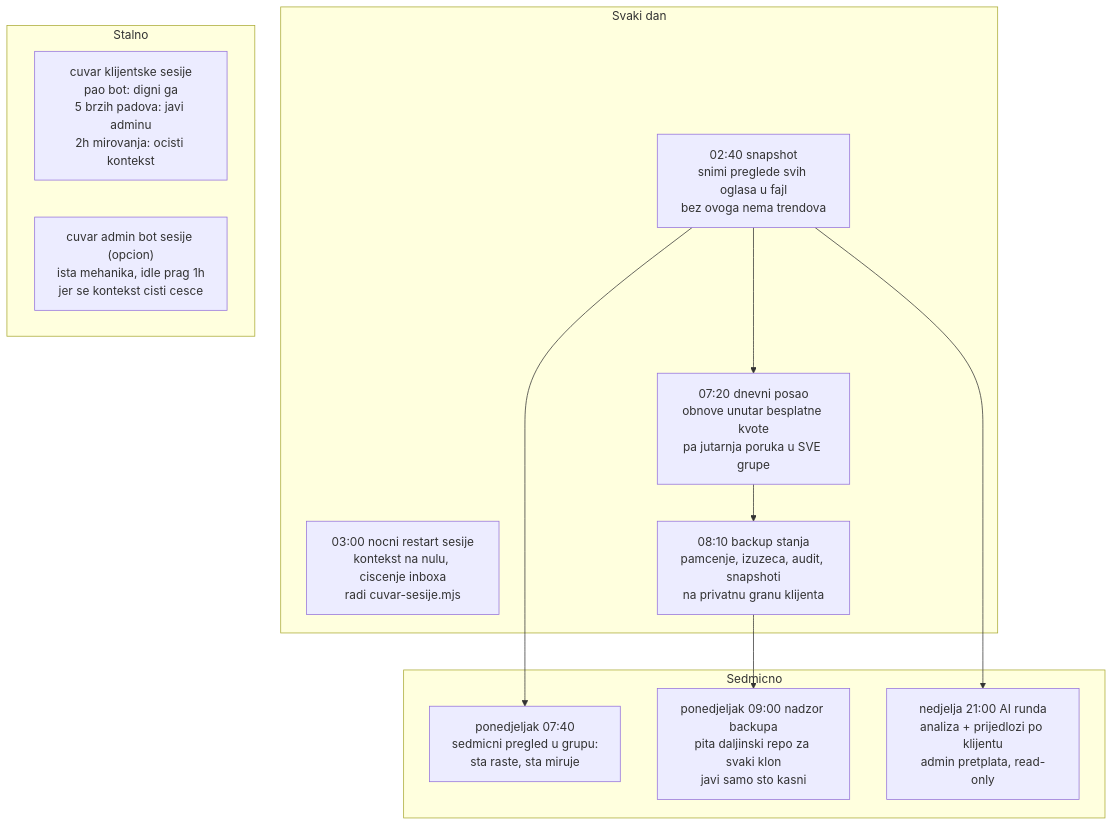
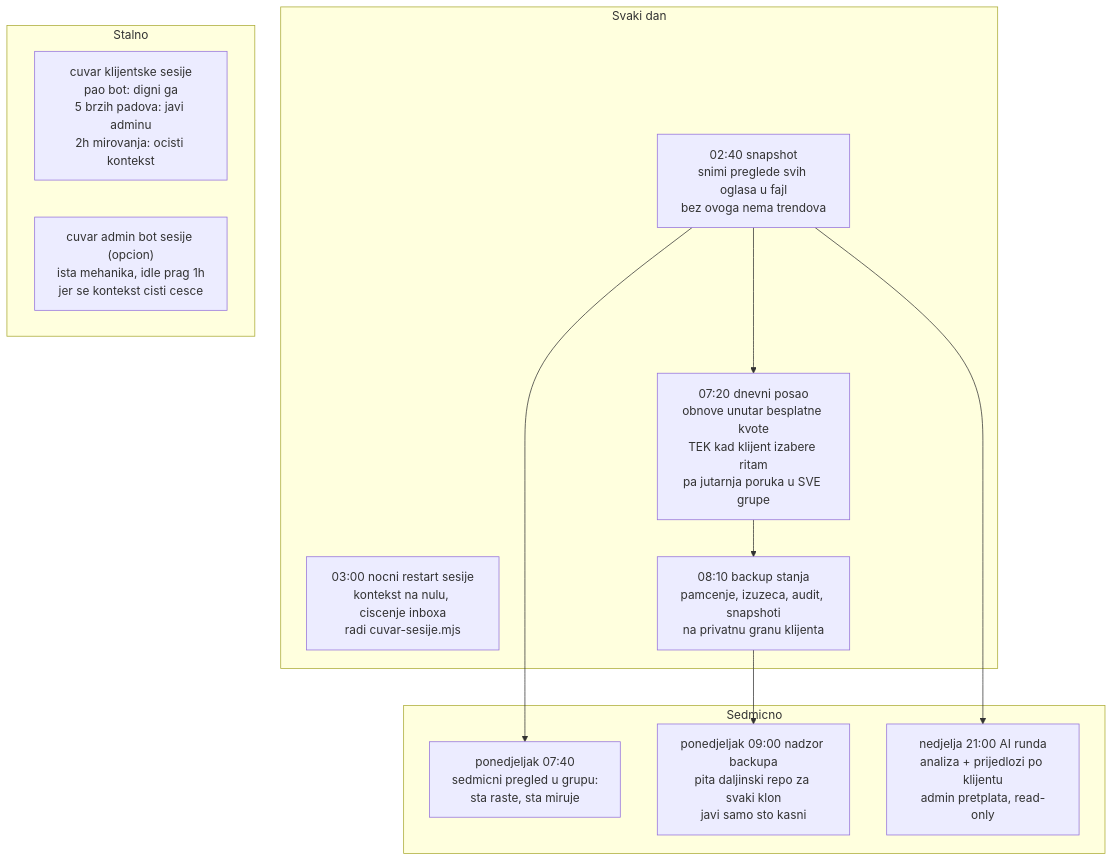
The third of 4 diagrams in olx-dokumentacija/arhitektura.md (mob-dev-org/olx-mcp-api), drawn with Mermaid before and after one commit. The commit also changed other lines of this file and 21 other files, not shown here.

````diff
--- a/olx-dokumentacija/arhitektura.md
+++ b/olx-dokumentacija/arhitektura.md
@@ -94,24 +101,24 @@
 ```mermaid
 flowchart TB
     subgraph dan["Svaki dan"]
         s1["02:40 snapshot<br/>snimi preglede svih oglasa u fajl<br/>bez ovoga nema trendova"]
         s2["03:00 nocni restart sesije<br/>kontekst na nulu, ciscenje inboxa<br/>radi cuvar-sesije.mjs"]
-        s3["07:20 dnevni posao<br/>obnove unutar besplatne kvote<br/>pa jutarnja poruka u SVE grupe"]
+        s3["07:20 dnevni posao<br/>obnove unutar besplatne kvote<br/>TEK kad klijent izabere ritam<br/>pa jutarnja poruka u SVE grupe"]
         s8["08:10 backup stanja<br/>pamcenje, izuzeca, audit, snapshoti<br/>na privatnu granu klijenta"]
     end
     subgraph sedmica["Sedmicno"]
         s4["ponedjeljak 07:40<br/>sedmicni pregled u grupu:<br/>sta raste, sta miruje"]
         s9["ponedjeljak 09:00 nadzor backupa<br/>pita daljinski repo za svaki klon<br/>javi samo sto kasni"]
         s5["nedjelja 21:00 AI runda<br/>analiza + prijedlozi po klijentu<br/>admin pretplata, read-only"]
     end
     subgraph stalno["Stalno"]
         s6["cuvar klijentske sesije<br/>pao bot: digni ga<br/>5 brzih padova: javi adminu<br/>2h mirovanja: ocisti kontekst"]
         s7["cuvar admin bot sesije (opcion)<br/>ista mehanika, idle prag 1h<br/>jer se kontekst cisti cesce"]
     end
 
     s1 --> s3
     s3 --> s8
     s1 --> s4
     s1 --> s5
     s8 --> s9
 ```
````
